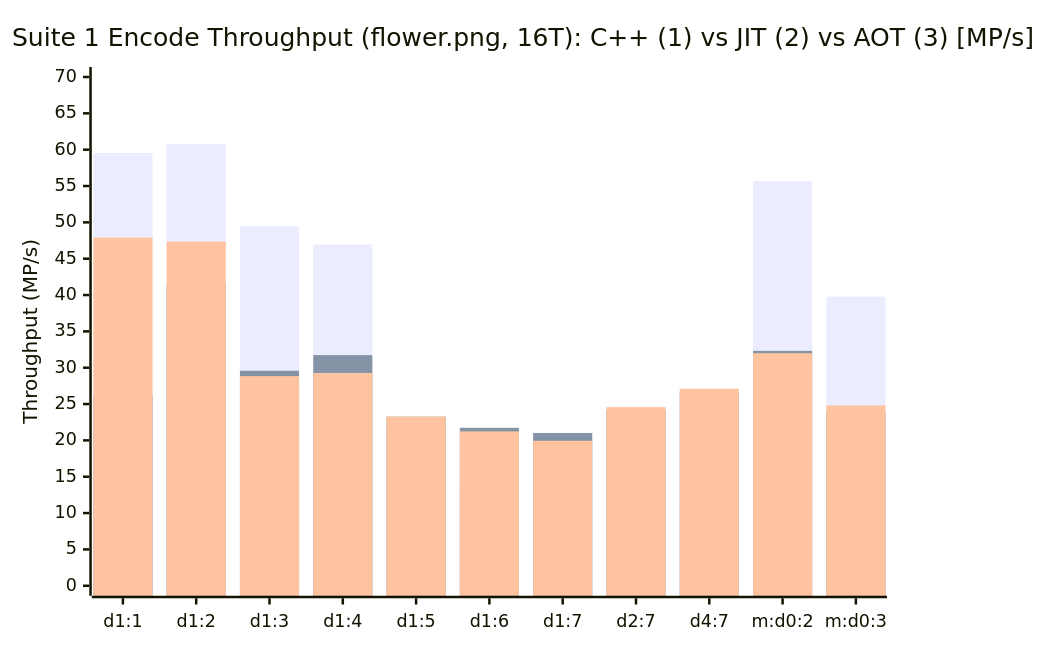
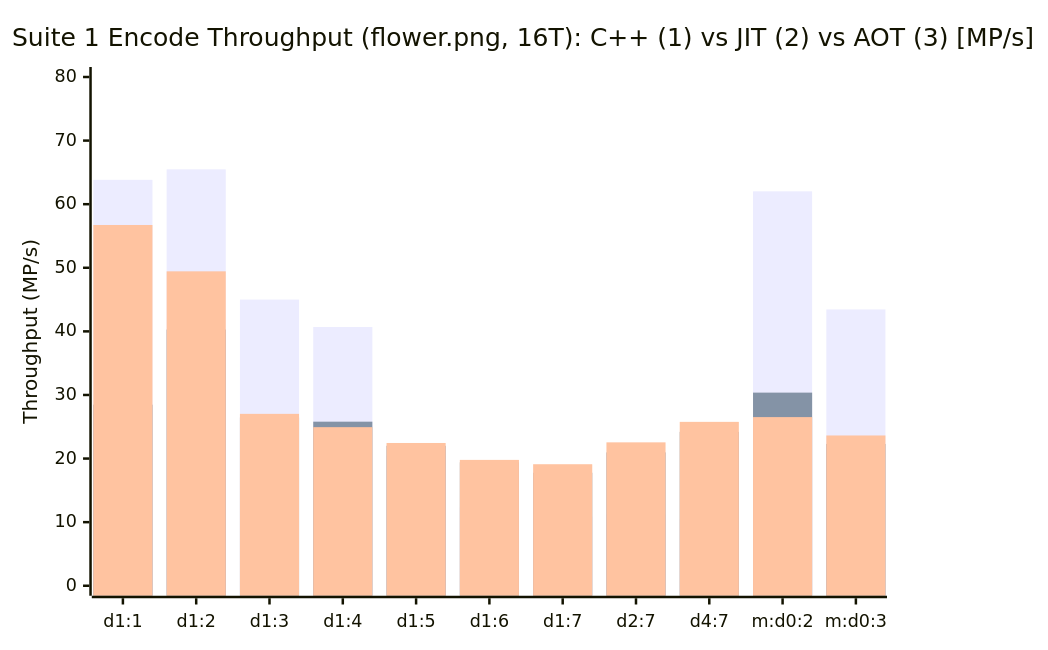
Before and after one commit to Hefaistos68/jxlsharp: the first of 3 diagrams in benchmark.md, drawn with Mermaid. The commit also changed other lines of this file and 8 other files, not shown here.

````diff
--- a/benchmark.md
+++ b/benchmark.md
@@ -291,9 +327,9 @@
 ```mermaid
 xychart-beta
     title "Suite 1 Encode Throughput (flower.png, 16T): C++ (1) vs JIT (2) vs AOT (3) [MP/s]"
     x-axis ["d1:1", "d1:2", "d1:3", "d1:4", "d1:5", "d1:6", "d1:7", "d2:7", "d4:7", "m:d0:2", "m:d0:3"]
-    y-axis "Throughput (MP/s)" 0 --> 70
-    bar [59.54, 60.80, 49.47, 46.94, 21.21, 13.62, 13.27, 13.05, 11.31, 55.68, 39.78]
-    bar [26.17, 41.43, 29.58, 31.73, 23.26, 21.73, 21.02, 24.17, 26.62, 32.32, 23.80]
-    bar [47.90, 47.36, 28.84, 29.28, 23.27, 21.24, 19.95, 24.58, 27.11, 32.00, 24.80]
+    y-axis "Throughput (MP/s)" 0 --> 80
+    bar [63.83, 65.48, 45.00, 40.69, 20.46, 12.32, 10.85, 11.23, 10.40, 62.02, 43.45]
+    bar [28.47, 40.29, 26.47, 25.80, 22.01, 19.41, 17.77, 20.97, 24.20, 30.37, 22.30]
+    bar [56.73, 49.44, 27.03, 24.94, 22.45, 19.79, 19.11, 22.55, 25.77, 26.52, 23.63]
 ```
````
